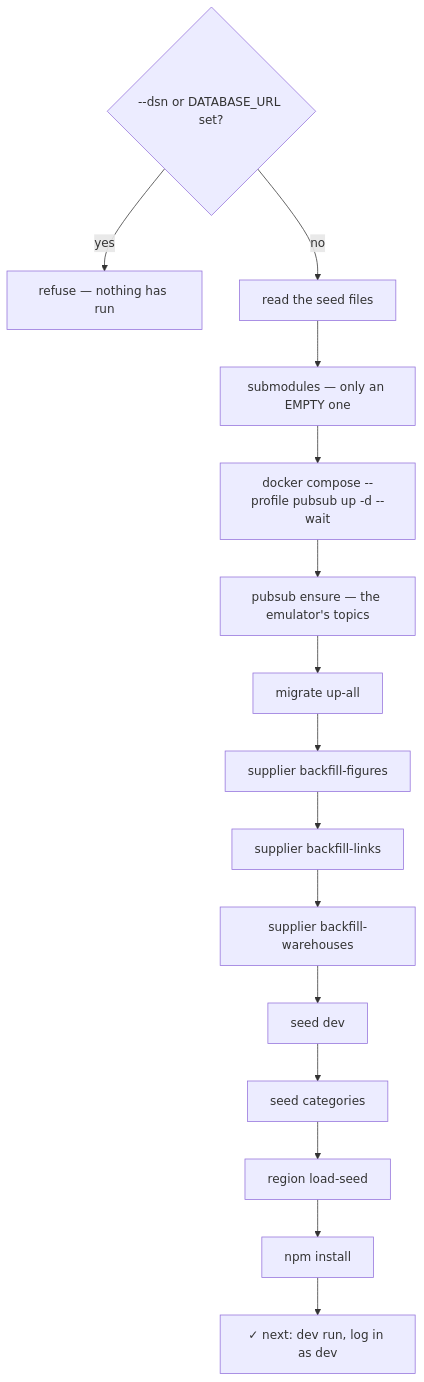
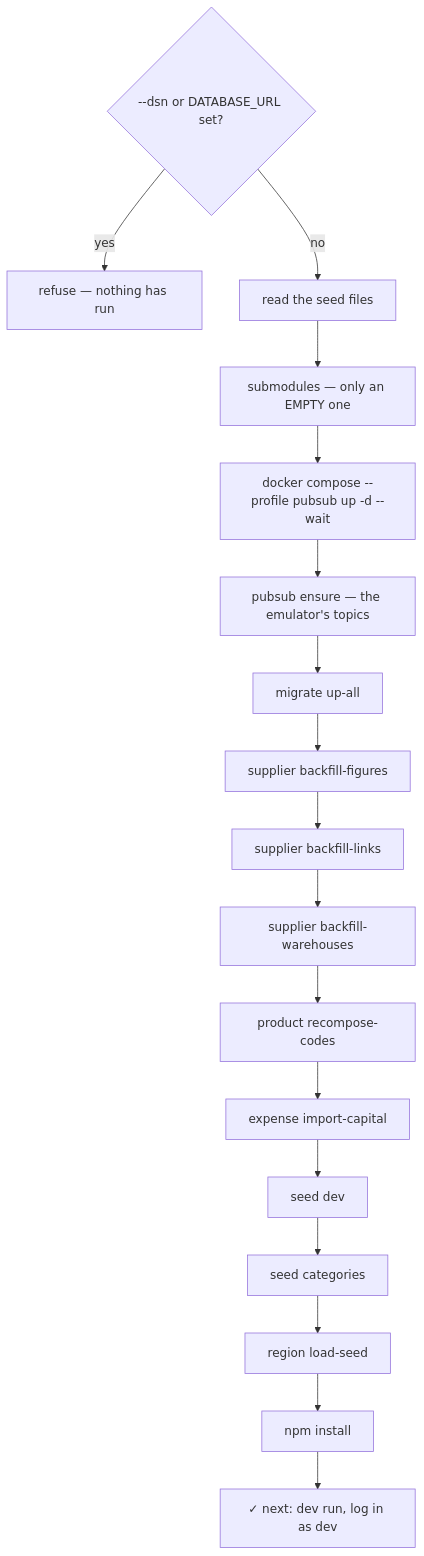
Before and after one commit to pdcgo/warehouse_revamp: the third of 28 diagrams in docs/tools/san.md, drawn with Mermaid. The commit also changed other lines of this file and 686 other files, not shown here.

````diff
--- a/docs/tools/san.md
+++ b/docs/tools/san.md
@@ -355,17 +358,19 @@
 ```mermaid
 flowchart TD
     G{"--dsn or DATABASE_URL set?"} -->|"yes"| X["refuse — nothing has run"]
     G -->|"no"| R["read the seed files"]
     R --> S["submodules — only an EMPTY one"]
     S --> D["docker compose --profile pubsub up -d --wait"]
     D --> E["pubsub ensure — the emulator's topics"]
     E --> M["migrate up-all"]
     M --> SB["supplier backfill-figures"]
     SB --> SL["supplier backfill-links"]
     SL --> SW["supplier backfill-warehouses"]
-    SW --> SD["seed dev"]
+    SW --> PR["product recompose-codes"]
+    PR --> IC["expense import-capital"]
+    IC --> SD["seed dev"]
     SD --> SC["seed categories"]
     SC --> RG["region load-seed"]
     RG --> N["npm install"]
     N --> OK["✓ next: dev run, log in as dev"]
 ```
````
